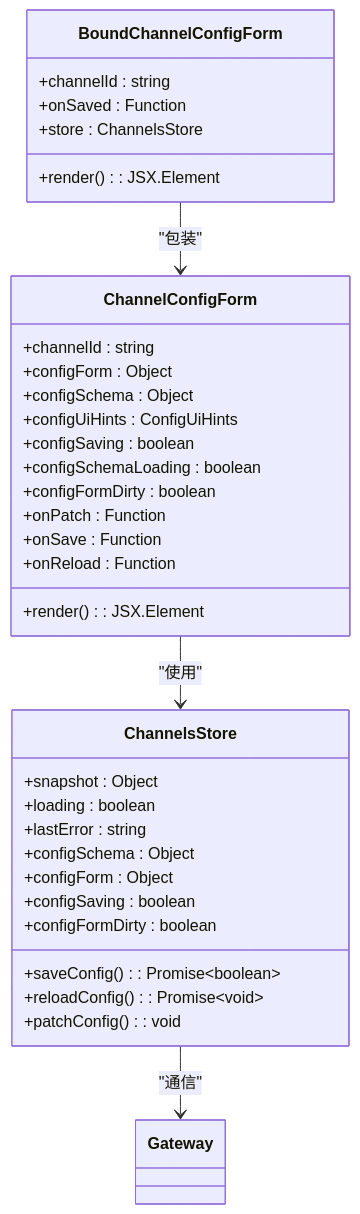
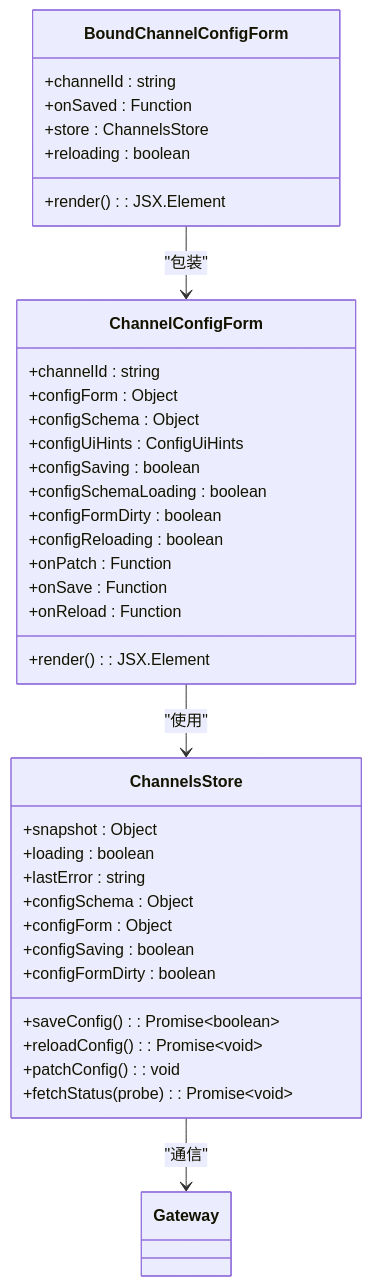
One commit to verse-ai-org/openclaw changed the second of 8 diagrams in .qoder/repowiki/zh/content/Web界面/UI组件系统/绑定通道配置表单.md. Above: the diagram before and after it, drawn with Mermaid. The commit also changed other lines of this file and 86 other files, not shown here.

````diff
--- a/.qoder/repowiki/zh/content/Web界面/UI组件系统/绑定通道配置表单.md
+++ b/.qoder/repowiki/zh/content/Web界面/UI组件系统/绑定通道配置表单.md
@@ -79,37 +87,40 @@
 ```mermaid
 classDiagram
 class BoundChannelConfigForm {
 +channelId : string
 +onSaved : Function
 +store : ChannelsStore
++reloading : boolean
 +render() : JSX.Element
 }
 class ChannelConfigForm {
 +channelId : string
 +configForm : Object
 +configSchema : Object
 +configUiHints : ConfigUiHints
 +configSaving : boolean
 +configSchemaLoading : boolean
 +configFormDirty : boolean
++configReloading : boolean
 +onPatch : Function
 +onSave : Function
 +onReload : Function
 +render() : JSX.Element
 }
 class ChannelsStore {
 +snapshot : Object
 +loading : boolean
 +lastError : string
 +configSchema : Object
 +configForm : Object
 +configSaving : boolean
 +configFormDirty : boolean
 +saveConfig() : Promise~boolean~
 +reloadConfig() : Promise~void~
 +patchConfig() : void
++fetchStatus(probe) : Promise~void~
 }
 BoundChannelConfigForm --> ChannelConfigForm : "包装"
 ChannelConfigForm --> ChannelsStore : "使用"
 ChannelsStore --> Gateway : "通信"
 ```
````
